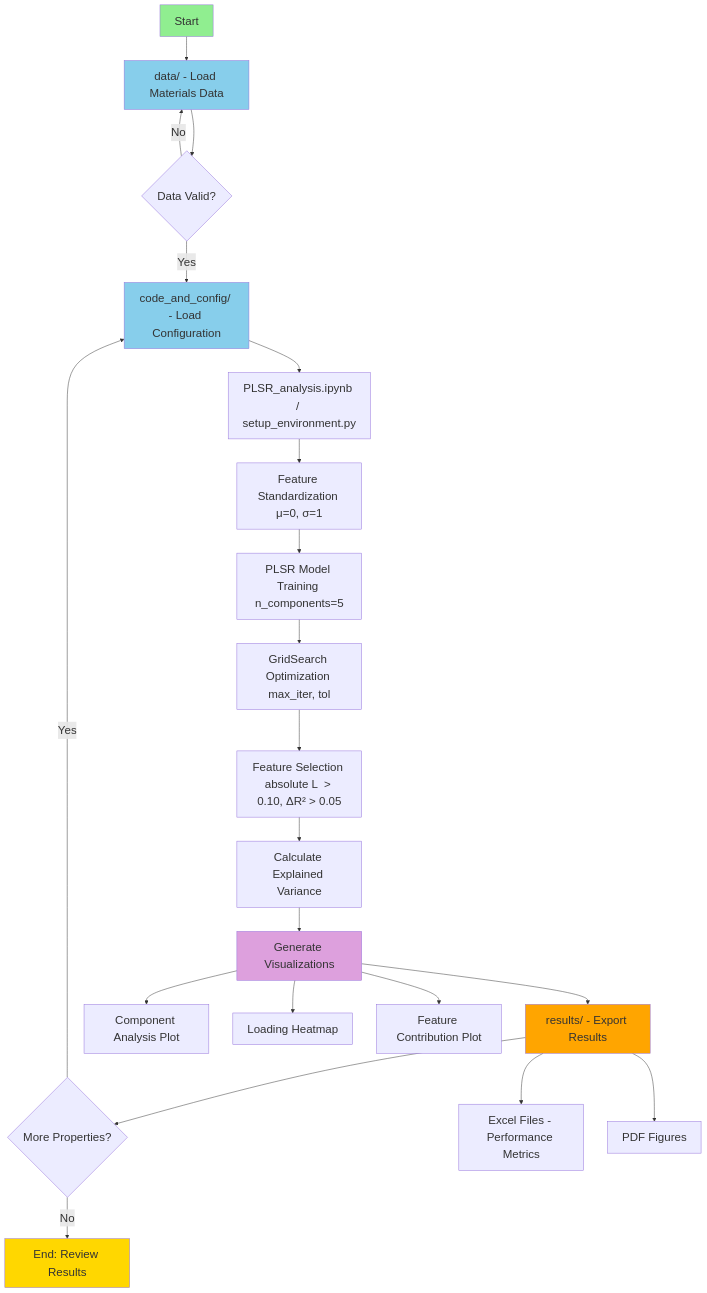
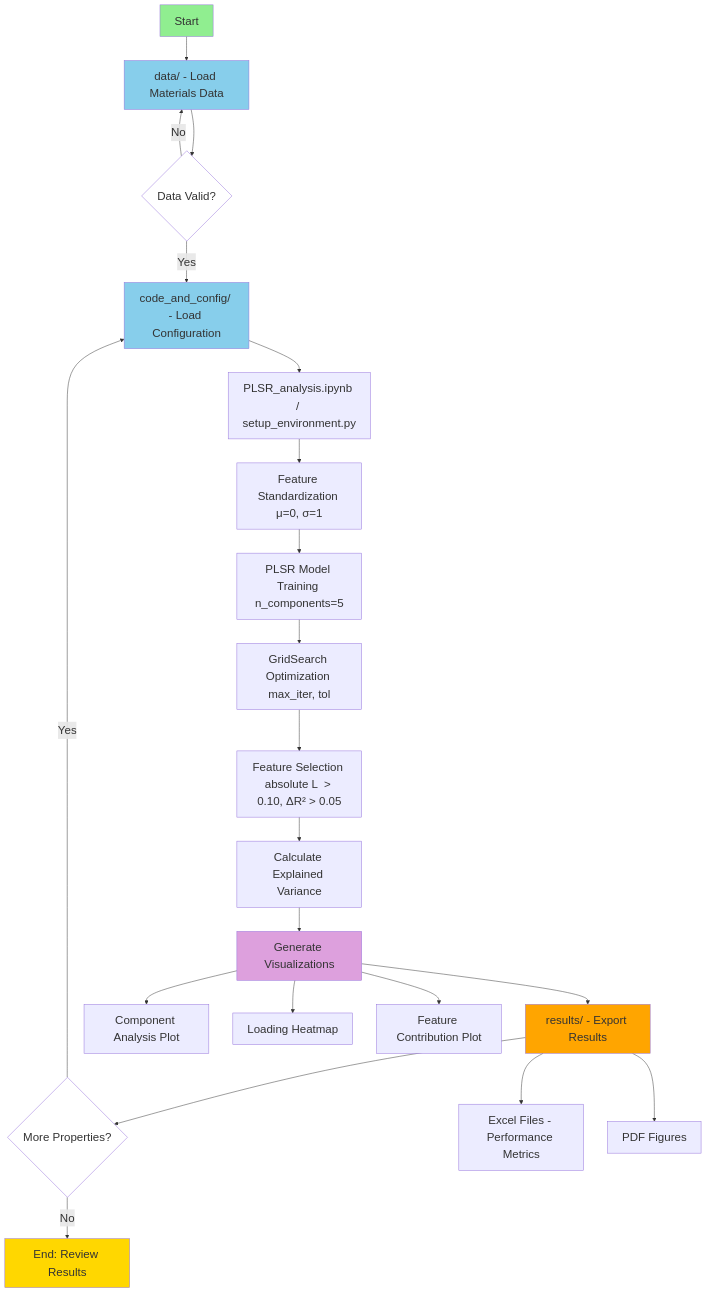
The diagram in plsr_feature_selection/README.md (Shaswat-qm-researcher/Physics-Informed-Symbolic-Regression-for-Phonon-Related-Property-Prediction-and-Materials-Discovery), drawn with Mermaid before and after one commit.

````diff
--- a/plsr_feature_selection/README.md
+++ b/plsr_feature_selection/README.md
@@ -24,46 +24,46 @@
 ```mermaid
 flowchart TD
     A[Start] --> B[data/ - Load Materials Data]
     B --> C{Data Valid?}
     C -->|No| B
     C -->|Yes| D[code_and_config/ - Load Configuration]
     D --> E[PLSR_analysis.ipynb / setup_environment.py]
     E --> F[Feature Standardization μ=0, σ=1]
     F --> G[PLSR Model Training n_components=5]
     G --> H[GridSearch Optimization max_iter, tol]
     H --> I[Feature Selection absolute L  > 0.10, ΔR² > 0.05]
     I --> J[Calculate Explained Variance]
     J --> K[Generate Visualizations]
     K --> L[results/ - Export Results]
     L --> M{More Properties?}
     M -->|Yes| D
     M -->|No| N[End: Review Results]
     
     K --> K1[Component Analysis Plot]
     K --> K2[Loading Heatmap]
     K --> K3[Feature Contribution Plot]
     
     L --> L1[Excel Files - Performance Metrics]
     L --> L2[PDF Figures]
 
 style A fill:#90EE90, font-size:24px, font-family:Arial
 style B fill:#87CEEB, font-size:24px, font-family:Arial
-style C font-size:24px, font-family:Arial
+style C fill:#FFFFFF, font-size:24px, font-family:Arial
 style D fill:#87CEEB, font-size:24px, font-family:Arial
 style E font-size:24px, font-family:Arial
 style F font-size:24px, font-family:Arial
 style G font-size:24px, font-family:Arial
 style H font-size:24px, font-family:Arial
 style I font-size:24px, font-family:Arial
 style J font-size:24px, font-family:Arial
 style K fill:#DDA0DD, font-size:24px, font-family:Arial
 style K1 font-size:24px, font-family:Arial
 style K2 font-size:24px, font-family:Arial
 style K3 font-size:24px, font-family:Arial
 style L fill:#FFA500, font-size:24px, font-family:Arial
 style L1 font-size:24px, font-family:Arial
 style L2 font-size:24px, font-family:Arial
-style M font-size:24px, font-family:Arial
+style M fill:#FFFFFF, font-size:24px, font-family:Arial
 style N fill:#FFD700, font-size:24px, font-family:Arial
-linkStyle 0,1,2,3,4,5,6,7,8,9,10,11,12,13,14,15 fill:#FFFFFF, font-size:24px, font-family:Arial
+linkStyle 0,1,2,3,4,5,6,7,8,9,10,11,12,13,14,15 font-size:24px, font-family:Arial
 ```
````
